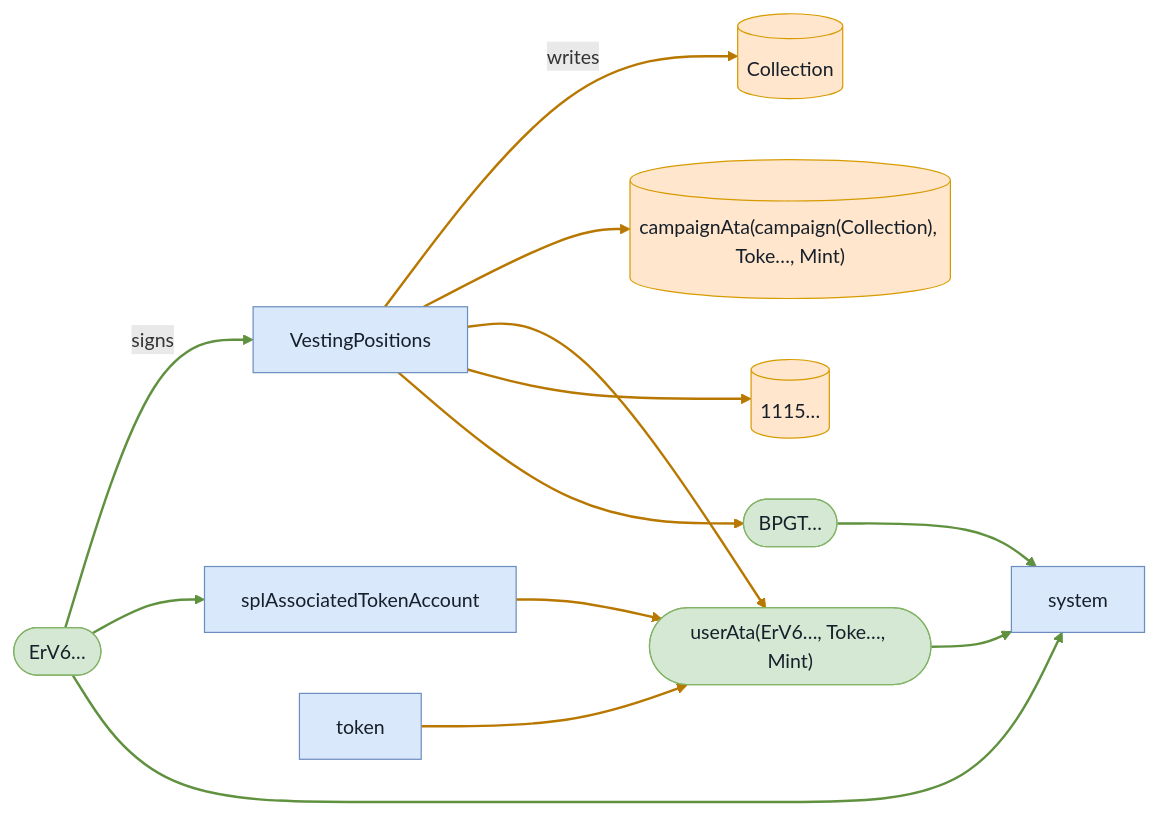
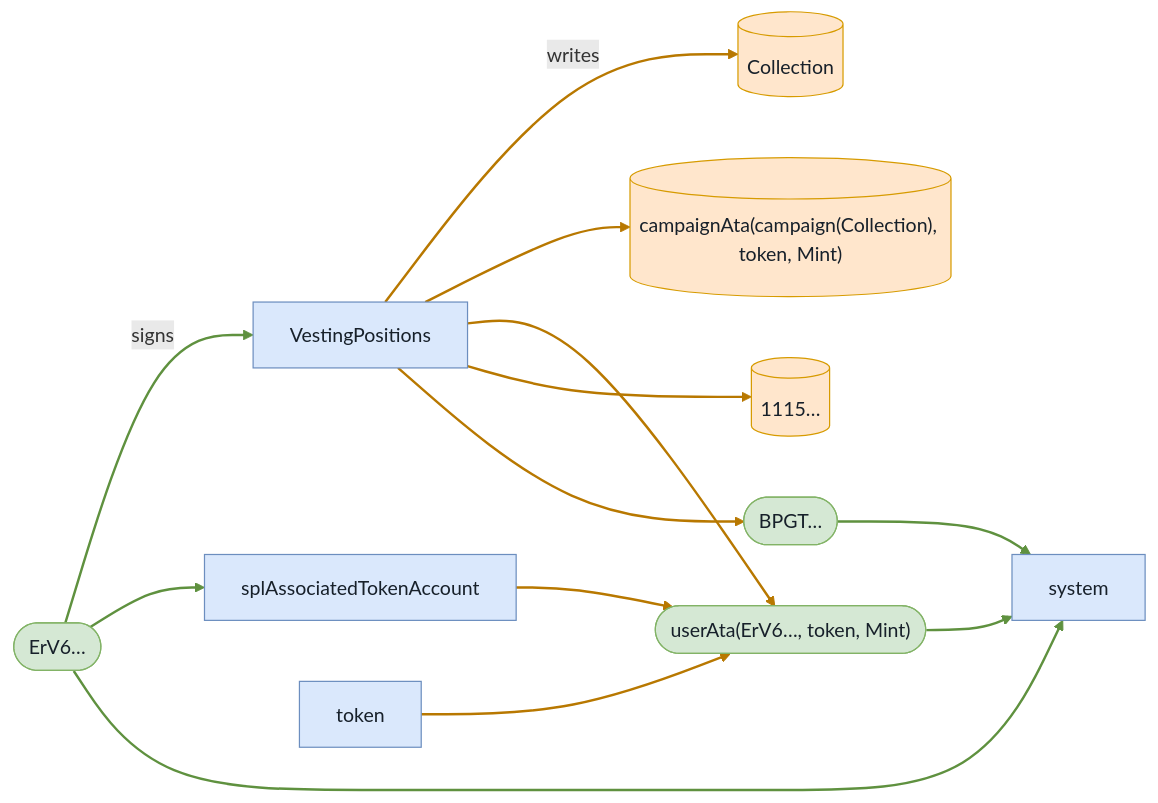
One commit to cds-turbin3/vesting-position changed the fifth of 6 diagrams in babelfish-tests/test-report/scenario_8_wrong_asset_subsequent_claim_fails.md. Above: the diagram before and after it, drawn with Mermaid. The commit also changed other lines of this file and 104 other files, not shown here.

````diff
--- a/babelfish-tests/test-report/scenario_8_wrong_asset_subsequent_claim_fails.md
+++ b/babelfish-tests/test-report/scenario_8_wrong_asset_subsequent_claim_fails.md
@@ -247,30 +247,30 @@
 ```mermaid
 flowchart LR
     VestingPositions["VestingPositions"]:::program
     ErV6(["ErV6…"]):::signer
     Collection[("Collection")]:::state
-    campaignAtacampaignCollectionTokeMint[("campaignAta(campaign(Collection), Toke…, Mint)")]:::state
-    userAtaErV6TokeMint(["userAta(ErV6…, Toke…, Mint)"]):::signer
+    campaignAtacampaignCollectiontokenMint[("campaignAta(campaign(Collection), token, Mint)")]:::state
+    userAtaErV6tokenMint(["userAta(ErV6…, token, Mint)"]):::signer
     n1115[("1115…")]:::state
     BPGT(["BPGT…"]):::signer
     splAssociatedTokenAccount["splAssociatedTokenAccount"]:::program
     token["token"]:::program
     system["system"]:::program
     ErV6 -->|signs| VestingPositions
     VestingPositions -->|writes| Collection
-    VestingPositions --> campaignAtacampaignCollectionTokeMint
-    VestingPositions --> userAtaErV6TokeMint
+    VestingPositions --> campaignAtacampaignCollectiontokenMint
+    VestingPositions --> userAtaErV6tokenMint
     VestingPositions --> n1115
     VestingPositions --> BPGT
     ErV6 --> splAssociatedTokenAccount
-    splAssociatedTokenAccount --> userAtaErV6TokeMint
+    splAssociatedTokenAccount --> userAtaErV6tokenMint
     ErV6 --> system
-    userAtaErV6TokeMint --> system
-    token --> userAtaErV6TokeMint
+    userAtaErV6tokenMint --> system
+    token --> userAtaErV6tokenMint
     BPGT --> system
     classDef program fill:#dae8fc,stroke:#6c8ebf,color:#17202a;
     classDef signer fill:#d5e8d4,stroke:#82b366,color:#17202a;
     classDef state fill:#ffe6cc,stroke:#d79b00,color:#17202a;
     linkStyle 0,6,8,9,11 stroke:#5f913f,stroke-width:2px
     linkStyle 1,2,3,4,5,7,10 stroke:#b87800,stroke-width:2px
 ```
````
